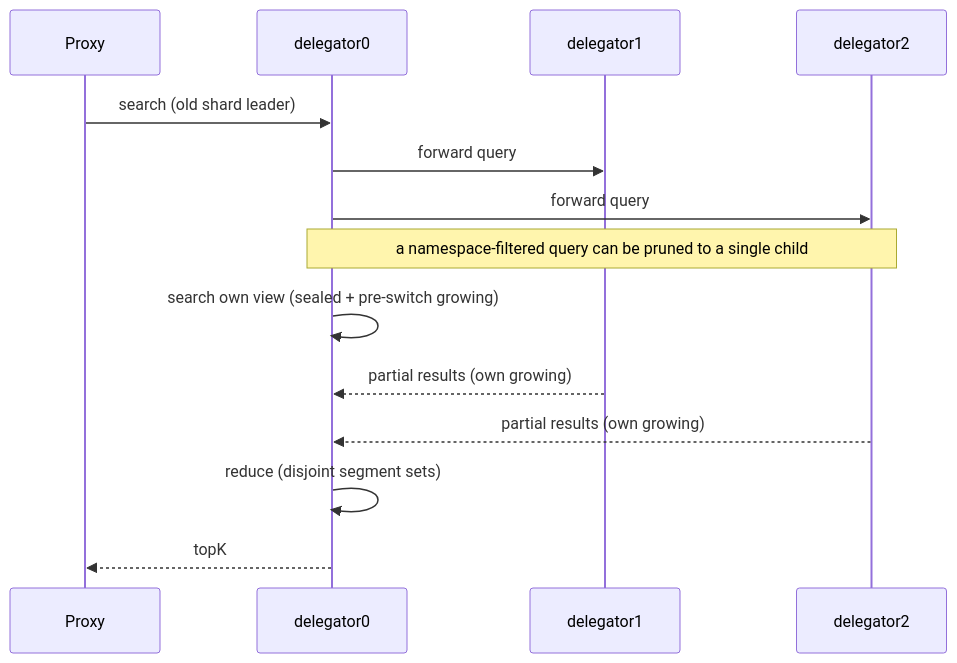
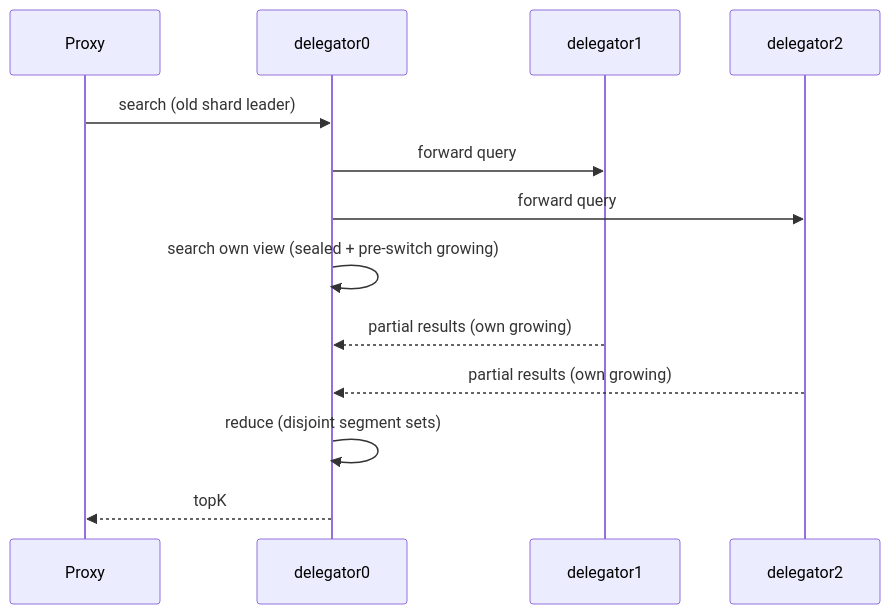
One commit to milvus-io/milvus changed the third of 4 diagrams in docs/design-docs/design_docs/20260610-shard_split.md. Above: the diagram before and after it, drawn with Mermaid. The commit also changed other lines of this file and 6 other files, not shown here.

````diff
--- a/docs/design-docs/design_docs/20260610-shard_split.md
+++ b/docs/design-docs/design_docs/20260610-shard_split.md
@@ -441,16 +667,15 @@
 ```mermaid
 sequenceDiagram
     participant PX as Proxy
     participant D0 as delegator0
     participant D1 as delegator1
     participant D2 as delegator2
     PX->>D0: search (old shard leader)
     D0->>D1: forward query
     D0->>D2: forward query
-    Note over D0,D2: a namespace-filtered query can be pruned to a single child
     D0->>D0: search own view (sealed + pre-switch growing)
     D1-->>D0: partial results (own growing)
     D2-->>D0: partial results (own growing)
     D0->>D0: reduce (disjoint segment sets)
     D0-->>PX: topK
 ```
````
